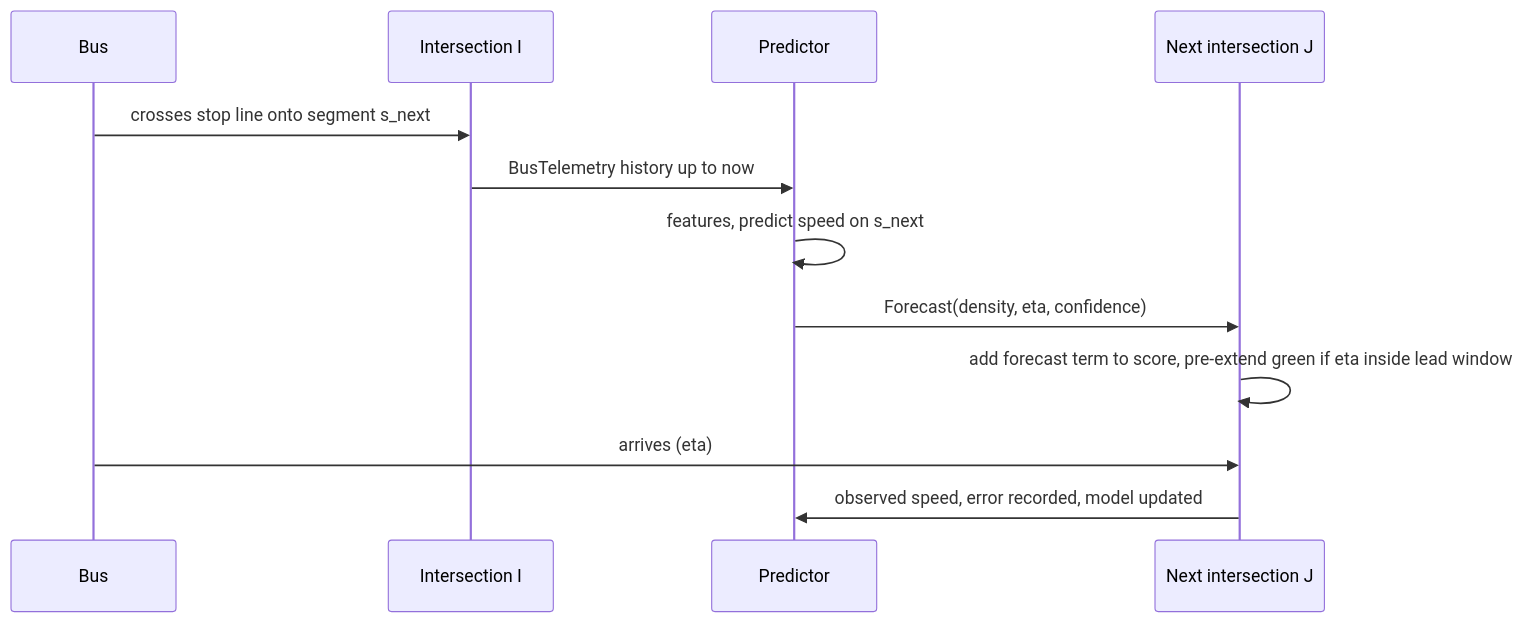
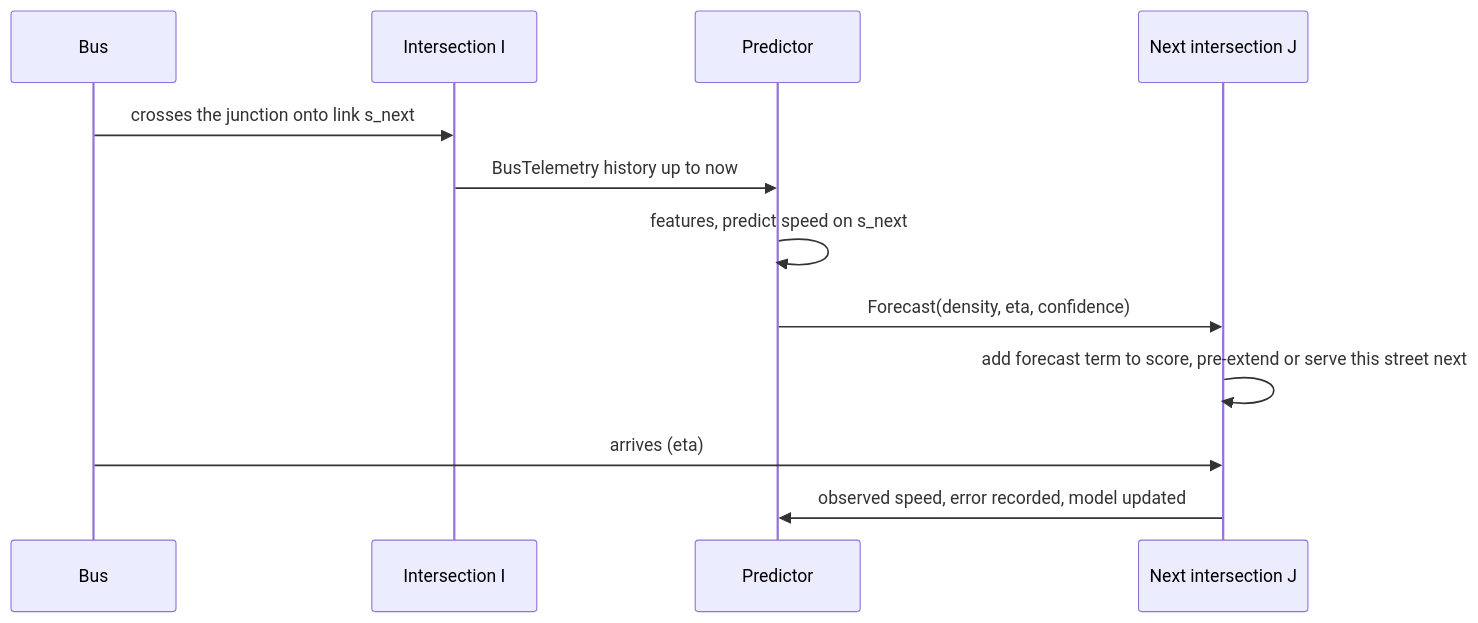
The second of 2 diagrams in ARCHITECTURE.md (boghidam/NetPicat-Hackathon-Project), drawn with Mermaid before and after one commit. The commit also changed other lines of this file and 18 other files, not shown here.

First line of the commit message:
Add cars, stop lines and one-street-at-a-time signal phases

````diff
--- a/ARCHITECTURE.md
+++ b/ARCHITECTURE.md
@@ -213,14 +215,14 @@
 ```mermaid
 sequenceDiagram
     participant Bus
     participant I as Intersection I
     participant P as Predictor
     participant J as Next intersection J
-    Bus->>I: crosses stop line onto segment s_next
+    Bus->>I: crosses the junction onto link s_next
     I->>P: BusTelemetry history up to now
     P->>P: features, predict speed on s_next
     P->>J: Forecast(density, eta, confidence)
-    J->>J: add forecast term to score, pre-extend green if eta inside lead window
+    J->>J: add forecast term to score, pre-extend or serve this street next
     Bus->>J: arrives (eta)
     J->>P: observed speed, error recorded, model updated
 ```
````
